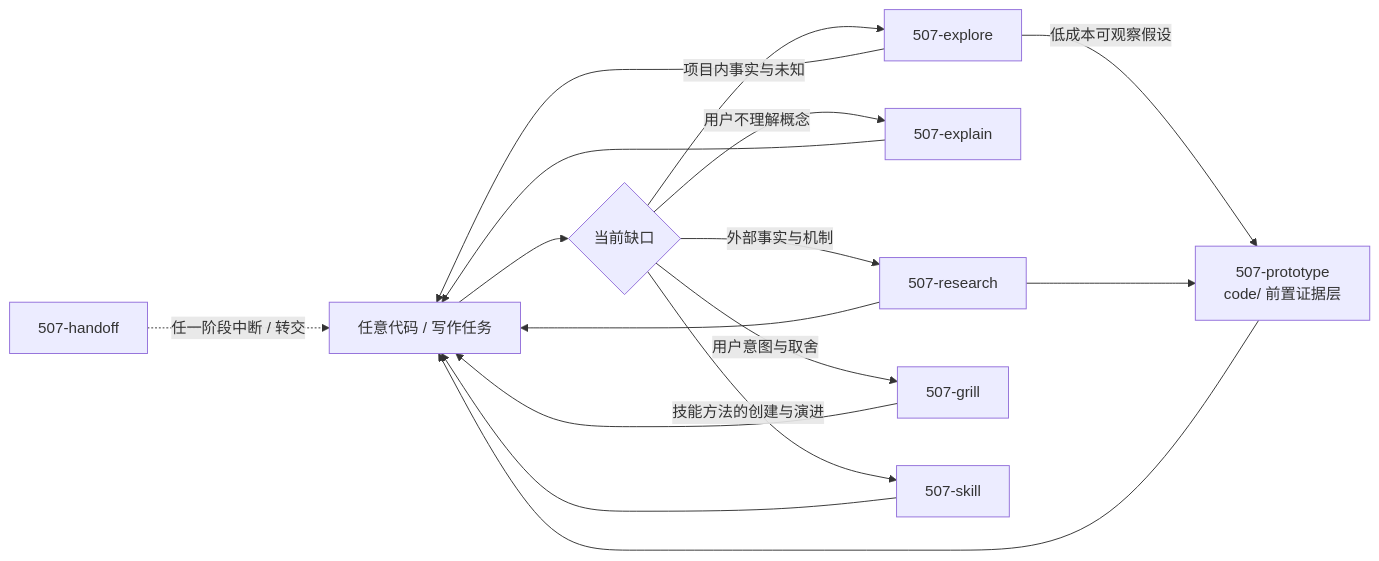
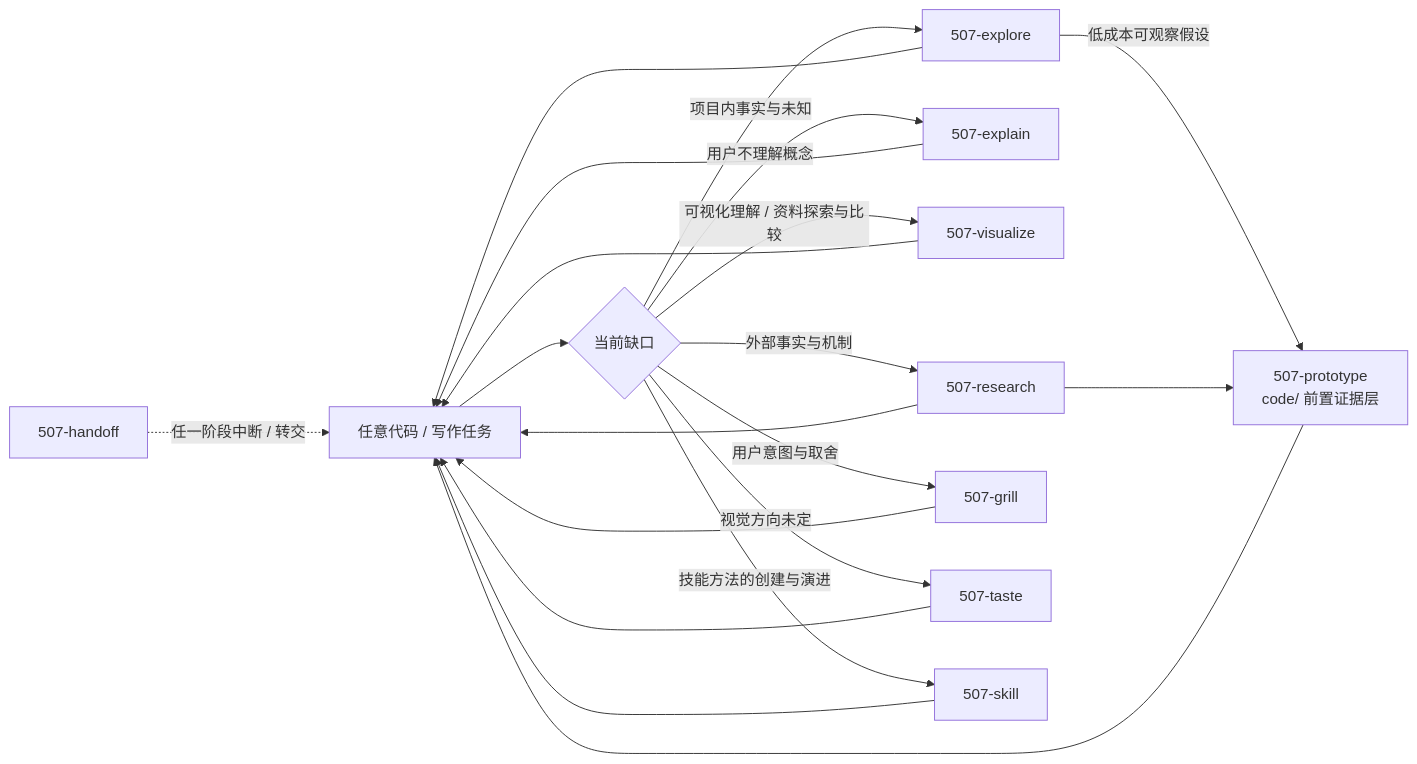
One commit to ssdiwu/507-skills changed the diagram in common/README.md. Above: the diagram before and after it, drawn with Mermaid. The commit also changed other lines of this file and 103 other files, not shown here.

````diff
--- a/common/README.md
+++ b/common/README.md
@@ -9,20 +9,24 @@
 ```mermaid
 flowchart LR
     task["任意代码 / 写作任务"] --> need{"当前缺口"}
     need -->|"项目内事实与未知"| explore["507-explore"]
     need -->|"用户不理解概念"| explain["507-explain"]
+    need -->|"可视化理解 / 资料探索与比较"| visualize["507-visualize"]
     need -->|"外部事实与机制"| research["507-research"]
     need -->|"用户意图与取舍"| grill["507-grill"]
+    need -->|"视觉方向未定"| taste["507-taste"]
     need -->|"技能方法的创建与演进"| skill["507-skill"]
 
     explore --> task
     explain --> task
+    visualize --> task
     research --> task
     grill --> task
+    taste --> task
     skill --> task
     handoff["507-handoff"] -. "任一阶段中断 / 转交" .-> task
 
     explore -->|"低成本可观察假设"| prototype["507-prototype<br/>code/ 前置证据层"]
     research --> prototype
     prototype --> task
 ```
````
